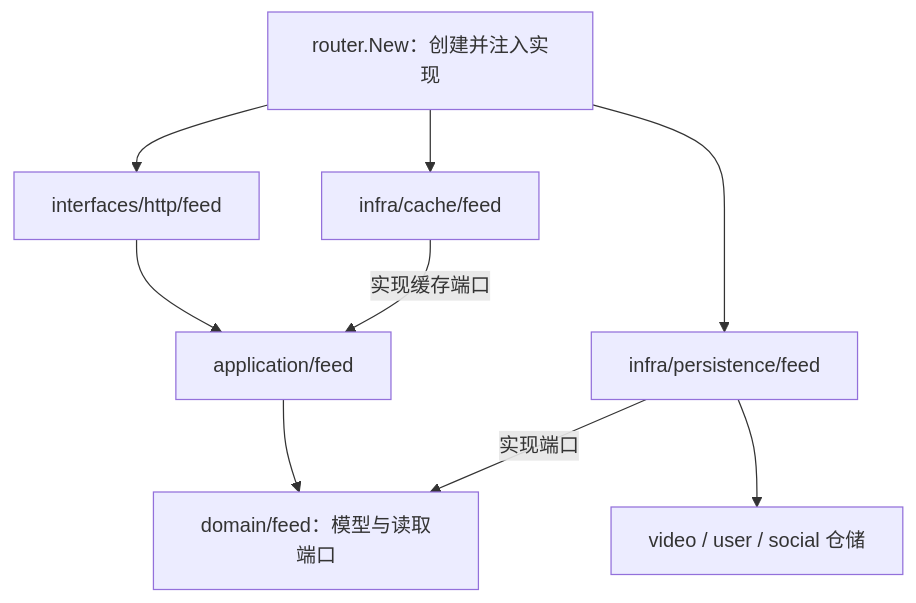
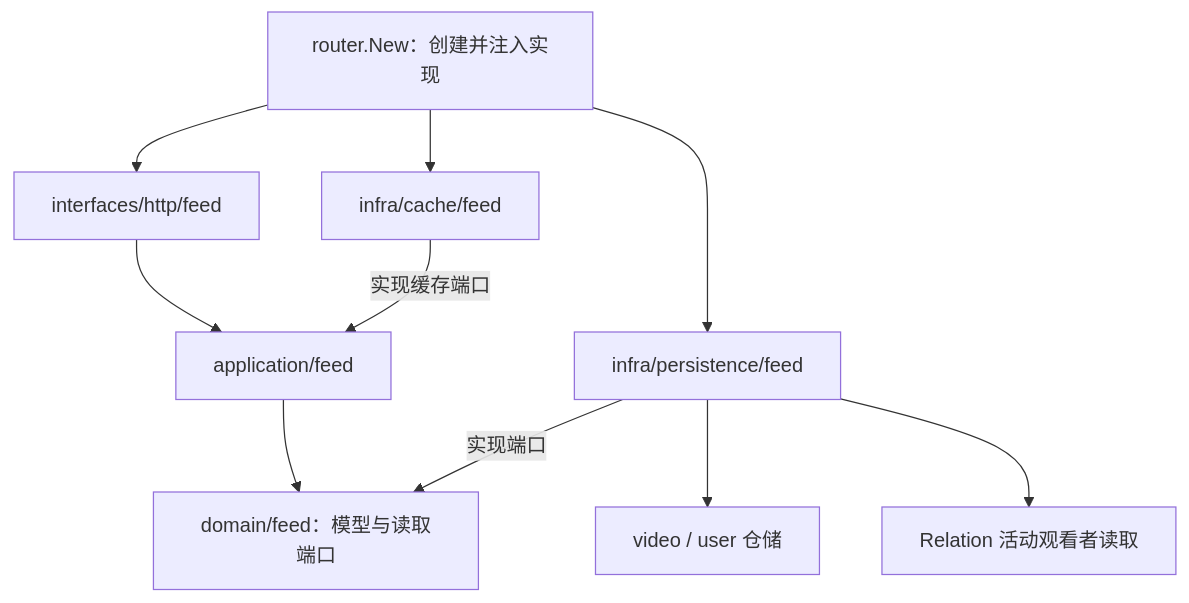
One commit to E1aina2007/GoFeed changed the second of 10 diagrams in docs/SOURCE_CODE_GUIDE.md. Above: the diagram before and after it, drawn with Mermaid. The commit also changed other lines of this file and 2 other files, not shown here.

````diff
--- a/docs/SOURCE_CODE_GUIDE.md
+++ b/docs/SOURCE_CODE_GUIDE.md
@@ -119,11 +118,12 @@
 ```mermaid
 flowchart TD
     Root["router.New：创建并注入实现"] --> HTTP["interfaces/http/feed"]
     HTTP --> App["application/feed"]
     App --> Domain["domain/feed：模型与读取端口"]
     SQL["infra/persistence/feed"] -->|实现端口| Domain
-    SQL --> Legacy["video / user / social 仓储"]
+    SQL --> Legacy["video / user 仓储"]
+    SQL --> Relation["Relation 活动观看者读取"]
     RC["infra/cache/feed"] -->|实现缓存端口| App
     Root --> SQL
     Root --> RC
 ```
````
